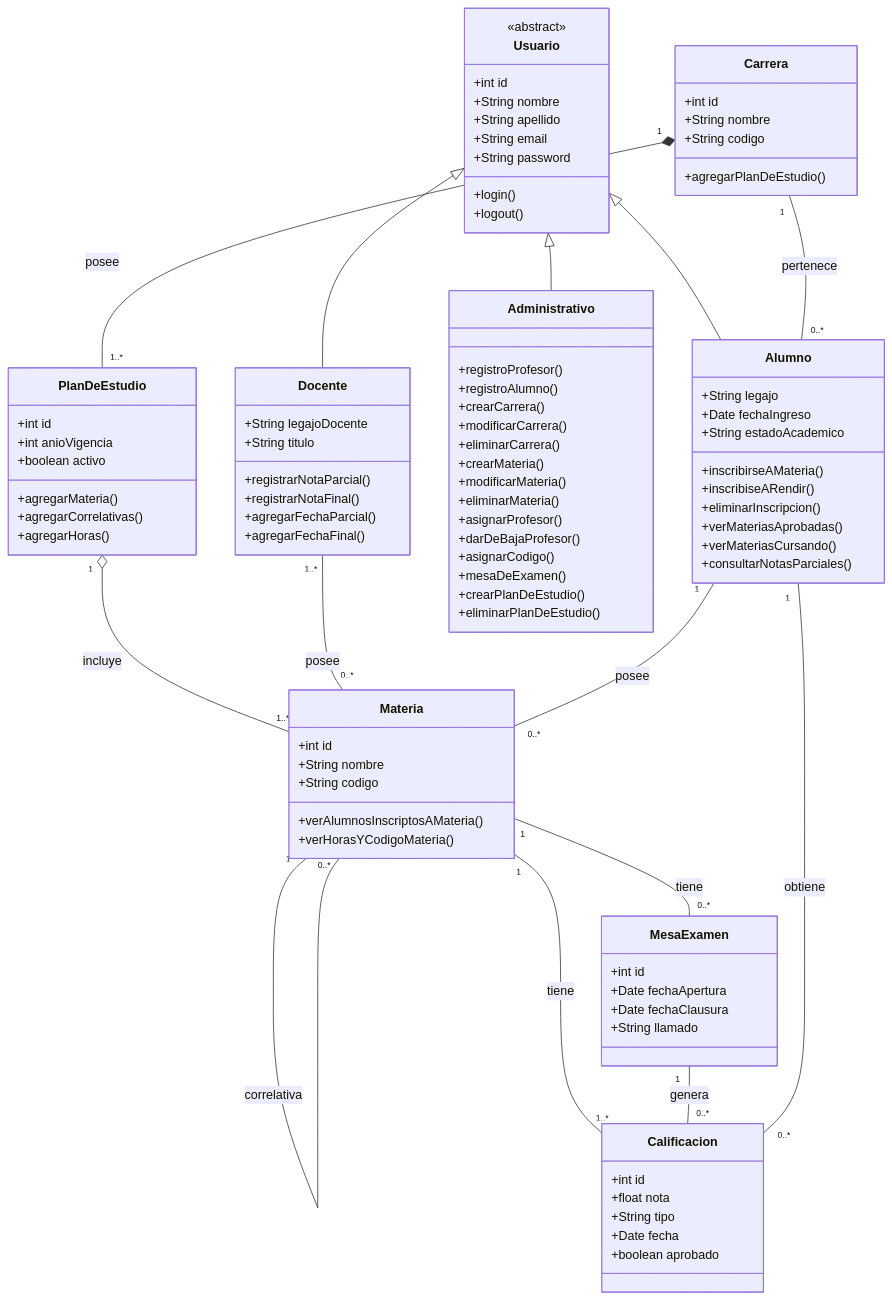
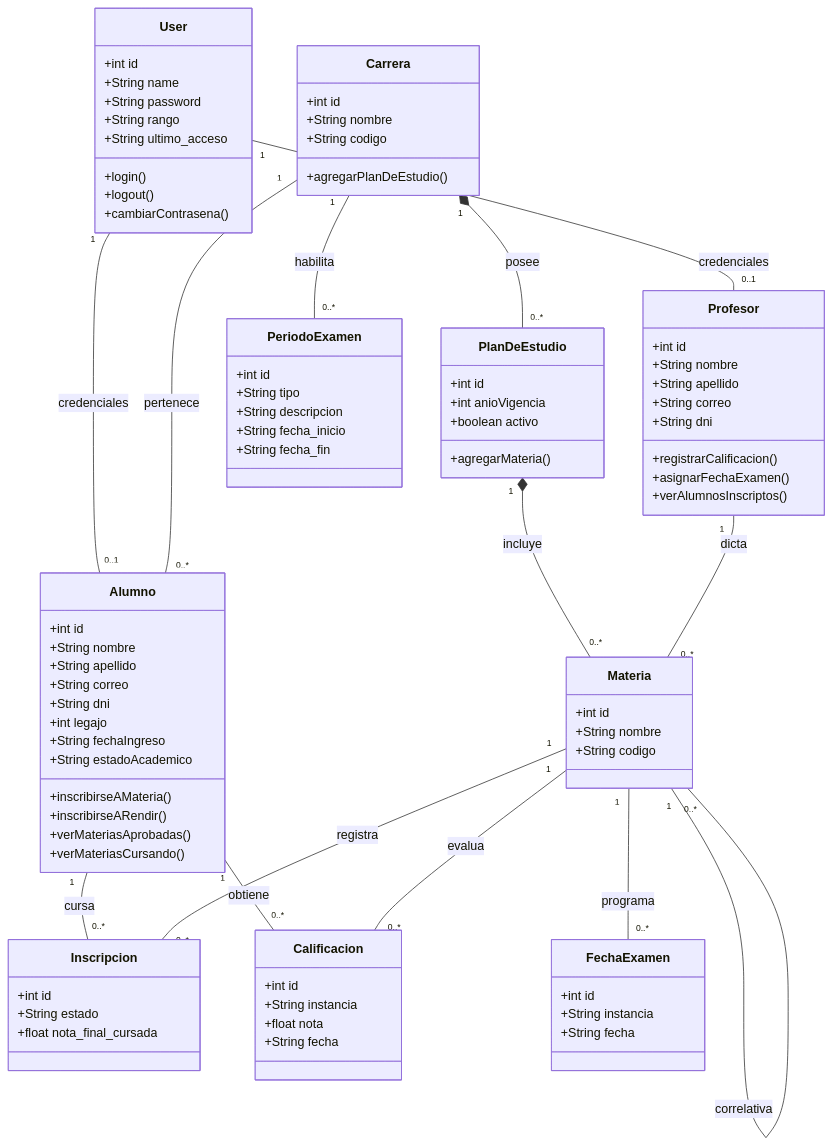
The diagram in Requirements.md (Jp-004/Ingenieria-de-software), drawn with Mermaid before and after one commit.

Commit message:
Update Requirements.md
Modificacion del diagrama de clases

````diff
--- a/Requirements.md
+++ b/Requirements.md
@@ -99,110 +99,107 @@
 ```mermaid
 classDiagram
-    class Usuario {
-        <<abstract>>
+    class User {
+        +int id
+        +String name
+        +String password
+        +String rango
+        +String ultimo_acceso
+        +login()
+        +logout()
+        +cambiarContrasena()
+    }
+
+    class Alumno {
         +int id
         +String nombre
         +String apellido
-        +String email
-        +String password
-        +login()
-        +logout()
+        +String correo
+        +String dni
+        +int legajo
+        +String fechaIngreso
+        +String estadoAcademico
+        +inscribirseAMateria()
+        +inscribirseARendir()
+        +verMateriasAprobadas()
+        +verMateriasCursando()
     }
 
-    class Alumno {
-        +String legajo
-        +Date fechaIngreso
-        +String estadoAcademico
-        +inscribirseAMateria()
-		+inscribiseARendir()
-		+eliminarInscripcion()
-        +verMateriasAprobadas()
-		+verMateriasCursando()
-		+consultarNotasParciales()
-    }
-
-    class Docente {
-        +String legajoDocente
-        +String titulo
-        +registrarNotaParcial() 
-		+registrarNotaFinal()
-		+agregarFechaParcial()
-		+agregarFechaFinal()
-    }
-
-    class Administrativo {
-        +registroProfesor()
-        +registroAlumno()
-		+crearCarrera()
-		+modificarCarrera()
-		+eliminarCarrera()
-		+crearMateria()
-		+modificarMateria()
-		+eliminarMateria()
-		+asignarProfesor()
-		+darDeBajaProfesor()
-		+asignarCodigo()
-		+mesaDeExamen()
-		+crearPlanDeEstudio()
-		+eliminarPlanDeEstudio()		
+    class Profesor {
+        +int id
+        +String nombre
+        +String apellido
+        +String correo
+        +String dni
+        +registrarCalificacion()
+        +asignarFechaExamen()
+        +verAlumnosInscriptos()
     }
 
     class Carrera {
         +int id
         +String nombre
         +String codigo
-		+agregarPlanDeEstudio()
+        +agregarPlanDeEstudio()
     }
 
     class PlanDeEstudio {
         +int id
         +int anioVigencia
         +boolean activo
-		+agregarMateria()
-		+agregarCorrelativas()
-		+agregarHoras()
+        +agregarMateria()
     }
 
     class Materia {
         +int id
         +String nombre
         +String codigo
-		+verAlumnosInscriptosAMateria()
-		+verHorasYCodigoMateria()
     }
 
+    class Inscripcion {
+        +int id
+        +String estado
+        +float nota_final_cursada
+    }
 
     class Calificacion {
         +int id
+        +String instancia
         +float nota
-        +String tipo
-        +Date fecha
-        +boolean aprobado
+        +String fecha
     }
 
-    class MesaExamen {
+    class PeriodoExamen {
         +int id
-        +Date fechaApertura
-		+Date fechaClausura
-        +String llamado
+        +String tipo
+        +String descripcion
+        +String fecha_inicio
+        +String fecha_fin
     }
 
+    class FechaExamen {
+        +int id
+        +String instancia
+        +String fecha
+    }
 
-    Usuario <|-- Alumno
-    Usuario <|-- Docente
-    Usuario <|-- Administrativo
+    %% Relaciones de Autenticación
+    User "1" -- "0..1" Alumno : credenciales
+    User "1" -- "0..1" Profesor : credenciales
 
-    Carrera "1" *-- "1..*" PlanDeEstudio : posee
-    PlanDeEstudio "1" o-- "1..*" Materia : incluye
+    %% Relaciones Académicas Base
+    Carrera "1" *-- "0..*" PlanDeEstudio : posee
+    PlanDeEstudio "1" *-- "0..*" Materia : incluye
     Materia "1" -- "0..*" Materia : correlativa
     Carrera "1" -- "0..*" Alumno : pertenece
-	Docente "1..*" -- "0..*" Materia : posee
-	Alumno "1" -- "0..*" Materia : posee
-	Materia "1" -- "1..*" Calificacion : tiene
-	
-	
 
-    Materia "1" -- "0..*" MesaExamen : tiene
-    MesaExamen "1" -- "0..*" Calificacion : genera
+    %% Relaciones de Cursada
+    Profesor "1" -- "0..*" Materia : dicta
+    Alumno "1" -- "0..*" Inscripcion : cursa
+    Materia "1" -- "0..*" Inscripcion : registra
+    
+    %% Relaciones de Evaluaciones
+    Carrera "1" -- "0..*" PeriodoExamen : habilita
+    Materia "1" -- "0..*" FechaExamen : programa
     Alumno "1" -- "0..*" Calificacion : obtiene
+    Materia "1" -- "0..*" Calificacion : evalua
 ```
````
